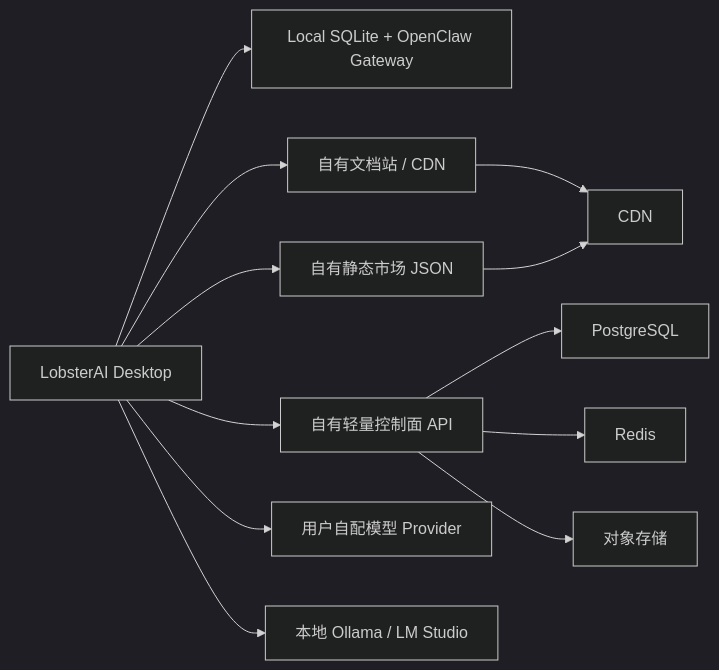
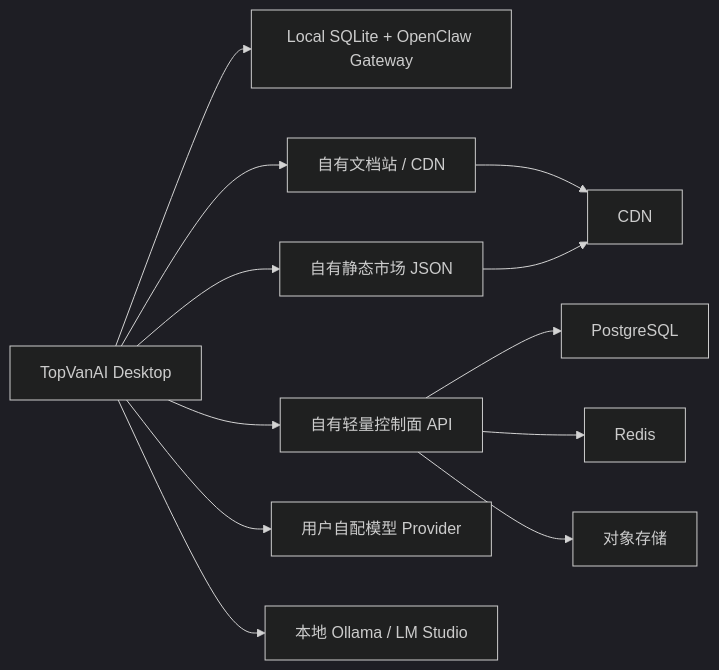
One commit to dongdedong/LobsterAI changed the diagram in docs_mine/06_方案A自建轻量服务开发计划.md. Above: the diagram before and after it, drawn with Mermaid (dark theme). The commit also changed other lines of this file and 248 other files, not shown here.

First line of the commit message:
chore(brand): 完成 TopVanAI 品牌替换和本地 BYOK 收口

````diff
--- a/docs_mine/06_方案A自建轻量服务开发计划.md
+++ b/docs_mine/06_方案A自建轻量服务开发计划.md
@@ -78,15 +78,15 @@
 ```mermaid
 flowchart LR
-  Client["LobsterAI Desktop"] --> Local["Local SQLite + OpenClaw Gateway"]
+  Client["TopVanAI Desktop"] --> Local["Local SQLite + OpenClaw Gateway"]
   Client --> Docs["自有文档站 / CDN"]
   Client --> Control["自有轻量控制面 API"]
   Client --> Catalog["自有静态市场 JSON"]
   Client --> Provider["用户自配模型 Provider"]
   Client --> Ollama["本地 Ollama / LM Studio"]
 
   Control --> PG["PostgreSQL"]
   Control --> Redis["Redis"]
   Control --> ObjectStore["对象存储"]
   Docs --> CDN["CDN"]
   Catalog --> CDN
 ```
````
